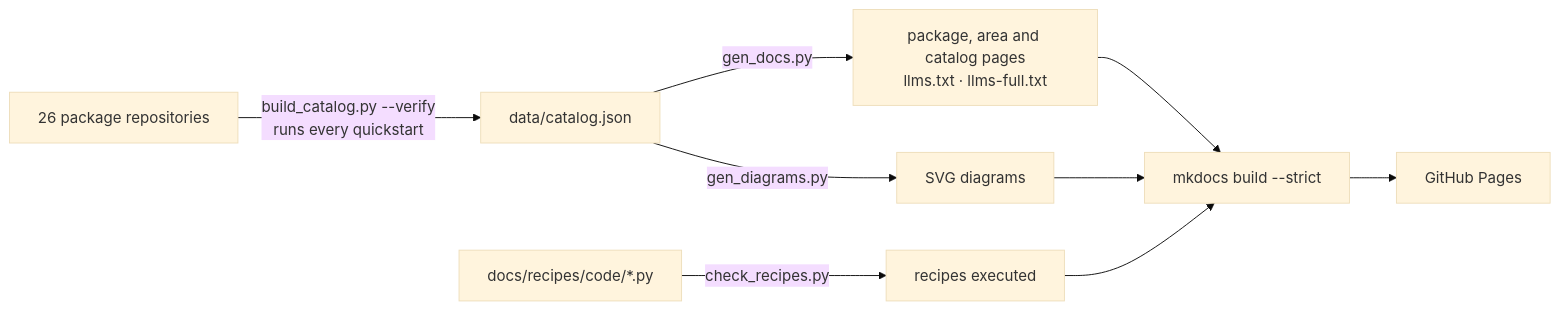
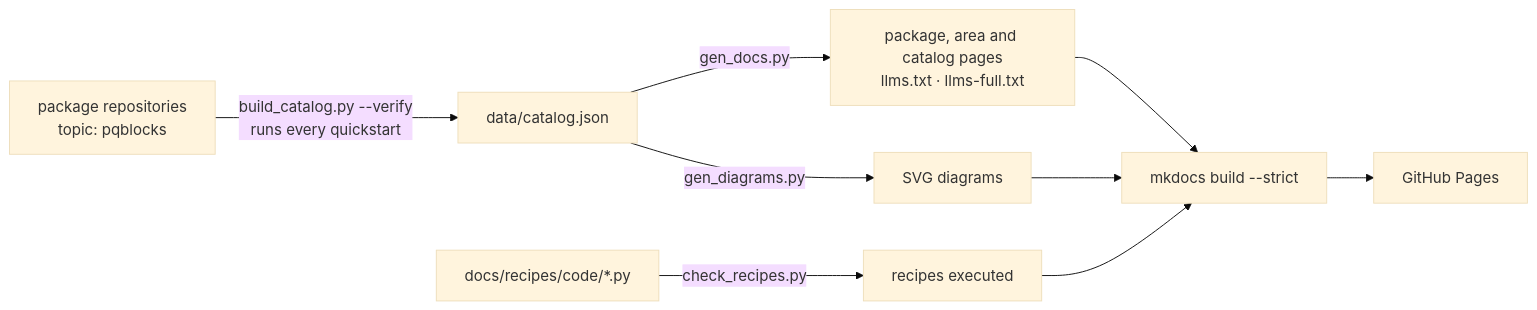
One commit to PQBlocks/pqblocks.github.io changed the diagram in README.md. Above: the diagram before and after it, drawn with Mermaid (base theme). The commit also changed 43 other files, not shown here.

````diff
--- a/README.md
+++ b/README.md
@@ -14,8 +14,8 @@
 ```mermaid
 flowchart LR
-    P[26 package repositories] -->|build_catalog.py --verify<br/>runs every quickstart| C[data/catalog.json]
+    P[package repositories<br/>topic: pqblocks] -->|build_catalog.py --verify<br/>runs every quickstart| C[data/catalog.json]
     C -->|gen_docs.py| D[package, area and catalog pages<br/>llms.txt · llms-full.txt]
     C -->|gen_diagrams.py| G[SVG diagrams]
     R[docs/recipes/code/*.py] -->|check_recipes.py| OK[recipes executed]
     D & G & OK --> M[mkdocs build --strict] --> S[GitHub Pages]
 ```
````
